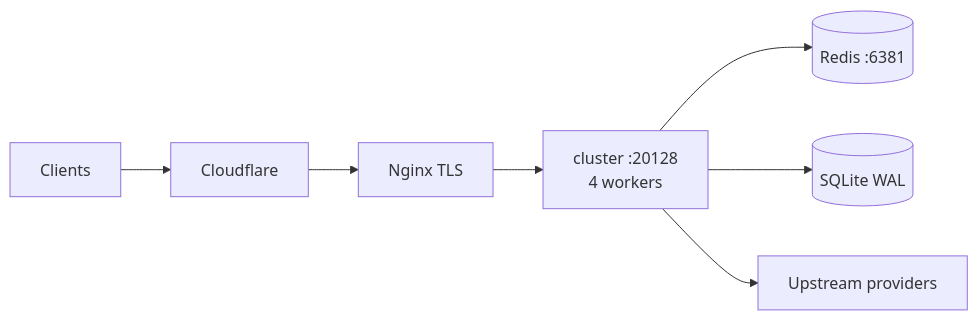
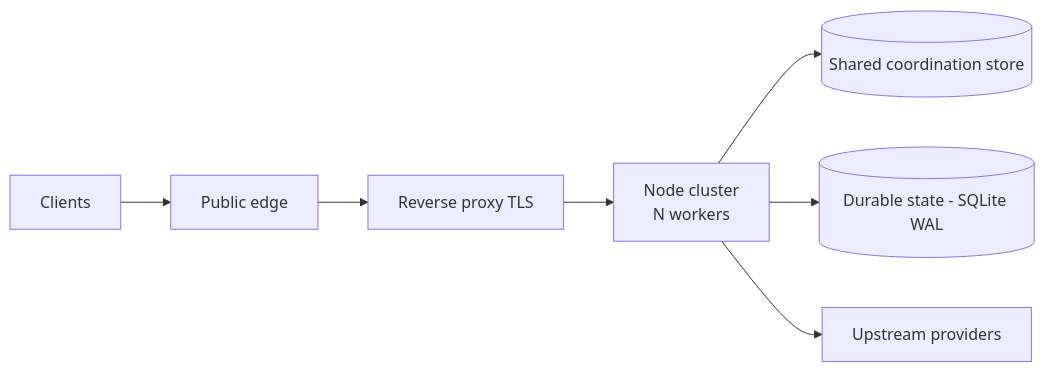
The diagram in README.md (fazulfi/9router-mw), drawn with Mermaid before and after one commit. The commit also changed other lines of this file, not shown here.

````diff
--- a/README.md
+++ b/README.md
@@ -75,9 +70,9 @@
 ```mermaid
 flowchart LR
- C[Clients] --> CF[Cloudflare]
- CF --> NGX[Nginx TLS]
- NGX --> CL["cluster :20128\n4 workers"]
- CL --> R[(Redis :6381)]
- CL --> S[(SQLite WAL)]
+ C[Clients] --> CF[Public edge]
+ CF --> NGX[Reverse proxy TLS]
+ NGX --> CL["Node cluster\nN workers"]
+ CL --> R[(Shared coordination store)]
+ CL --> S[(Durable state - SQLite WAL)]
  CL --> U[Upstream providers]
 ```
````
